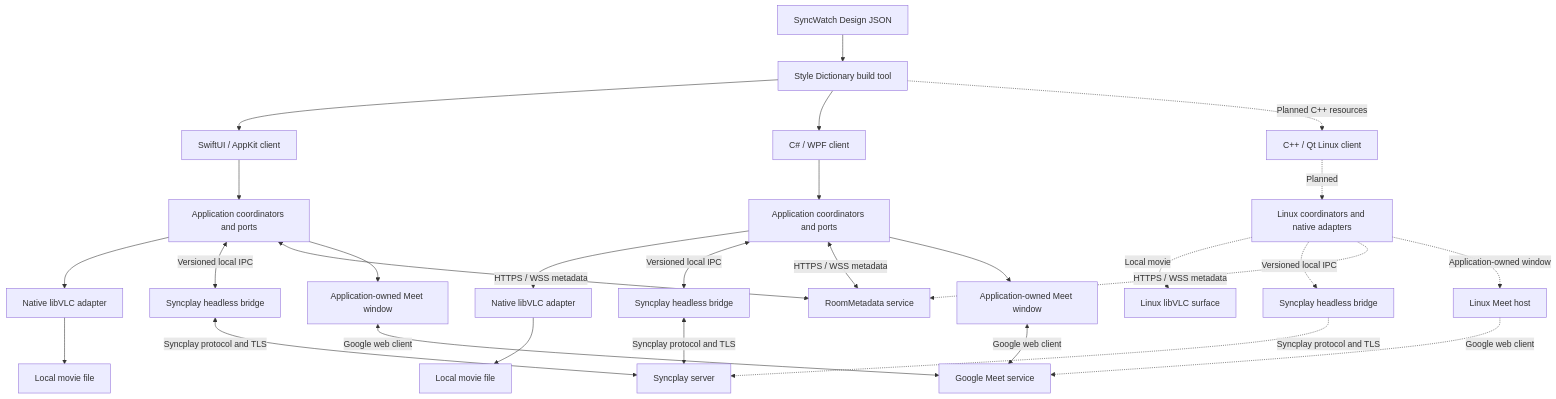
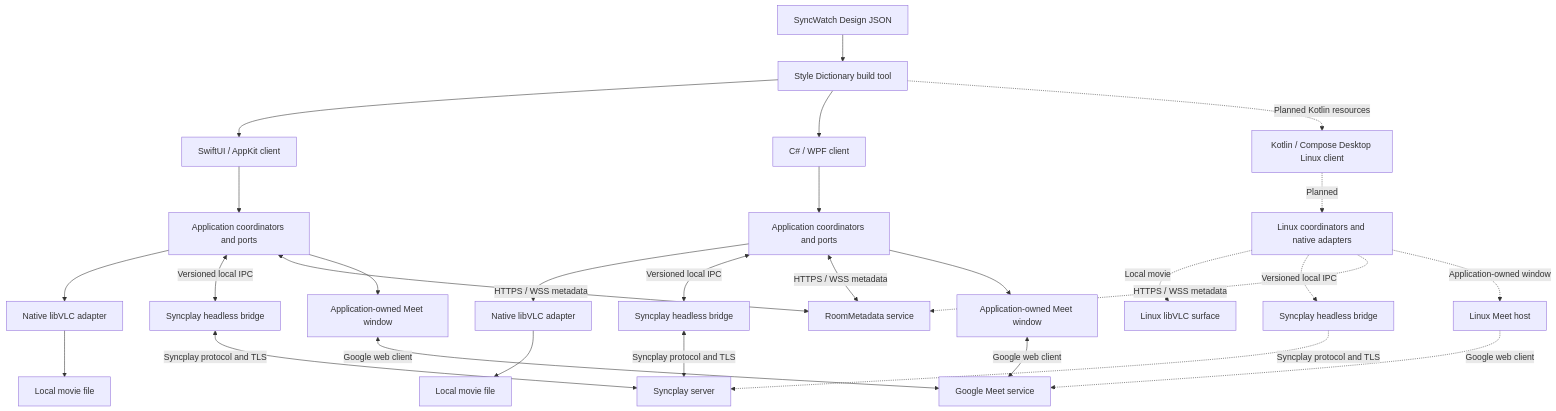
The first of 2 diagrams in docs/architecture/README.md (allnes/syncwatch-2), drawn with Mermaid before and after one commit. The commit also changed other lines of this file and 4 other files, not shown here.

Commit message:
docs: select Kotlin Compose Desktop for Linux

````diff
--- a/docs/architecture/README.md
+++ b/docs/architecture/README.md
@@ -25,30 +25,30 @@
 ```mermaid
 flowchart TB
     D[SyncWatch Design JSON] --> G[Style Dictionary build tool]
     G --> A[SwiftUI / AppKit client]
     G --> W[C# / WPF client]
-    G -. Planned C++ resources .-> L[C++ / Qt Linux client]
+    G -. Planned Kotlin resources .-> L[Kotlin / Compose Desktop Linux client]
     L -. Planned .-> CL[Linux coordinators and native adapters]
     CL -. Local movie .-> FL[Linux libVLC surface]
     CL -. Versioned local IPC .-> SL[Syncplay headless bridge]
     SL -. Syncplay protocol and TLS .-> SS
     CL -. HTTPS / WSS metadata .-> R
     CL -. Application-owned window .-> ML[Linux Meet host]
     ML -. Google web client .-> M
     A --> CA[Application coordinators and ports]
     W --> CW[Application coordinators and ports]
     CA --> VA[Native libVLC adapter]
     CW --> VW[Native libVLC adapter]
     VA --> FA[Local movie file]
     VW --> FW[Local movie file]
     CA <-->|Versioned local IPC| SA[Syncplay headless bridge]
     CW <-->|Versioned local IPC| SW[Syncplay headless bridge]
     SA <-->|Syncplay protocol and TLS| SS[Syncplay server]
     SW <-->|Syncplay protocol and TLS| SS
     CA <-->|HTTPS / WSS metadata| R[RoomMetadata service]
     CW <-->|HTTPS / WSS metadata| R
     CA --> MA[Application-owned Meet window]
     CW --> MW[Application-owned Meet window]
     MA <-->|Google web client| M[Google Meet service]
     MW <-->|Google web client| M
 ```
````
